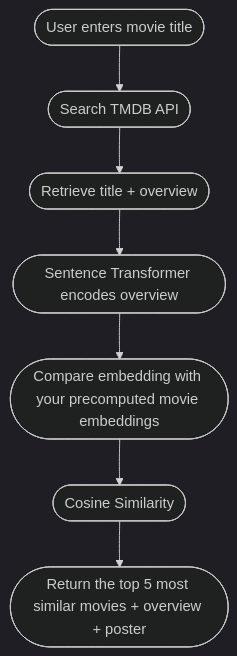
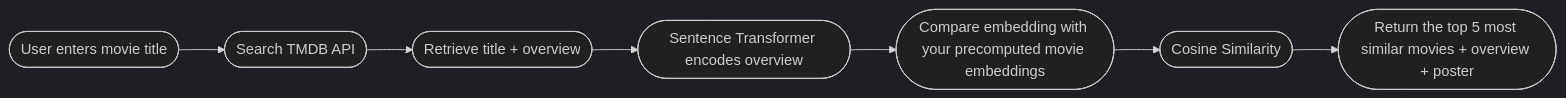
The diagram in README.md (tisya683/film-recommendation-system), drawn with Mermaid (dark theme) before and after one commit. The commit also changed other lines of this file, not shown here.

````diff
--- a/README.md
+++ b/README.md
@@ -34,17 +34,17 @@
 ```mermaid
-flowchart TD
+flowchart LR
       A([User enters movie title])
       B([Search TMDB API])
       C([Retrieve title + overview])
       D([Sentence Transformer encodes overview])
       E([Compare embedding with your precomputed movie embeddings])
       F([Cosine Similarity])
       G([Return the top 5 most similar movies + overview + poster])
 
 A-->B
 B-->C
 C-->D
 D-->E
 E-->F
 F-->G
 ```
````
